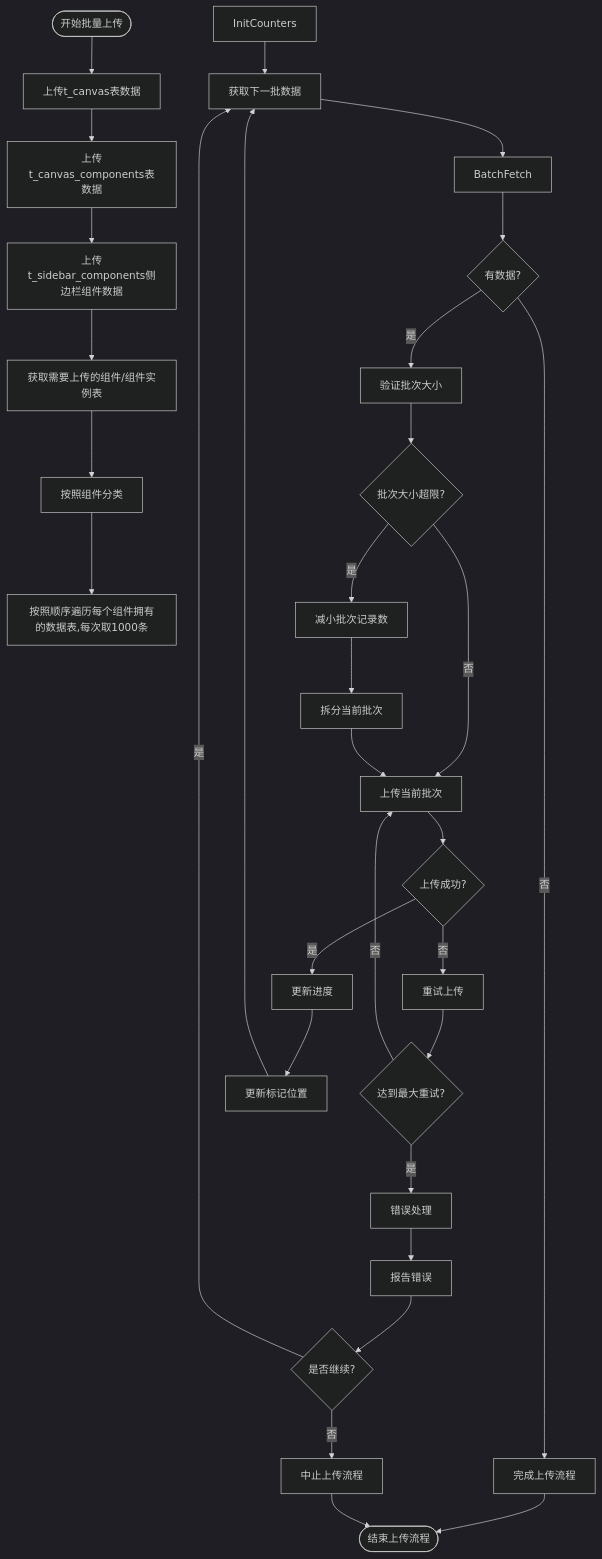
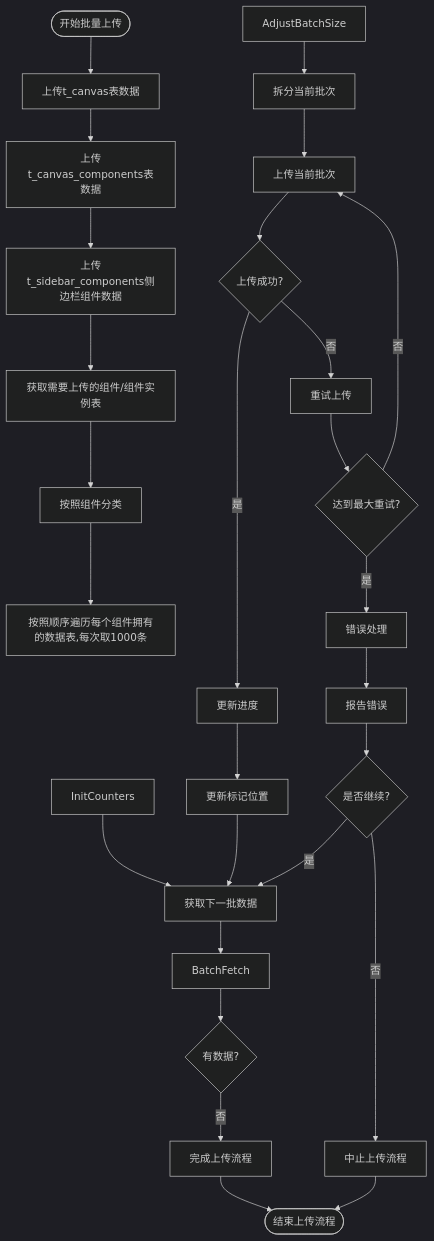
The diagram in all/未命名-51.md (yingjianzh/iodraw-files), drawn with Mermaid (dark theme) before and after one commit.

Commit message:
2025-05-08 17:30:05 update

````diff
--- a/all/未命名-51.md
+++ b/all/未命名-51.md
@@ -1,47 +1,43 @@
 ```mermaid
 flowchart TD
     Start([开始批量上传]) --> UploadSpaceData[上传t_canvas表数据]
     UploadSpaceData --> UploadComponentListData[上传t_canvas_components表数据]
     UploadComponentListData --> UploadSiderComponent[上传t_sidebar_components侧边栏组件数据]
     
     UploadSiderComponent --> FetchData[获取需要上传的组件/组件实例表]
 
     FetchData --> ClassifyData[按照组件分类]
 
     ClassifyData --> UploadData[按照顺序遍历每个组件拥有的数据表,每次取1000条]
     
     InitCounters --> FetchNextBatch[获取下一批数据]
     
     
     FetchNextBatch --> BatchFetch
     
     BatchFetch --> CheckResults{有数据?}
     CheckResults -->|否| CompleteUpload[完成上传流程]
-    CheckResults -->|是| ValidateBatch[验证批次大小]
-    
-    ValidateBatch --> SizeTooLarge{批次大小超限?}
-    SizeTooLarge -->|是| AdjustBatchSize[减小批次记录数]
-    SizeTooLarge -->|否| UploadBatch[上传当前批次]
+     UploadBatch[上传当前批次]
     
     AdjustBatchSize --> SplitBatch[拆分当前批次]
     SplitBatch --> UploadBatch
     
     UploadBatch --> UploadSuccess{上传成功?}
     UploadSuccess -->|是| UpdateProgress[更新进度]
     UploadSuccess -->|否| RetryUpload[重试上传]
     
     RetryUpload --> MaxRetries{达到最大重试?}
     MaxRetries -->|否| UploadBatch
     MaxRetries -->|是| ErrorHandling[错误处理]
     
     ErrorHandling --> ReportError[报告错误]
     ReportError --> ContinueOption{是否继续?}
     ContinueOption -->|是| FetchNextBatch
     ContinueOption -->|否| AbortProcess[中止上传流程]
     
     UpdateProgress --> UpdateMarker[更新标记位置]
     UpdateMarker --> FetchNextBatch
     
     CompleteUpload --> End([结束上传流程])
     AbortProcess --> End
 ```
````
